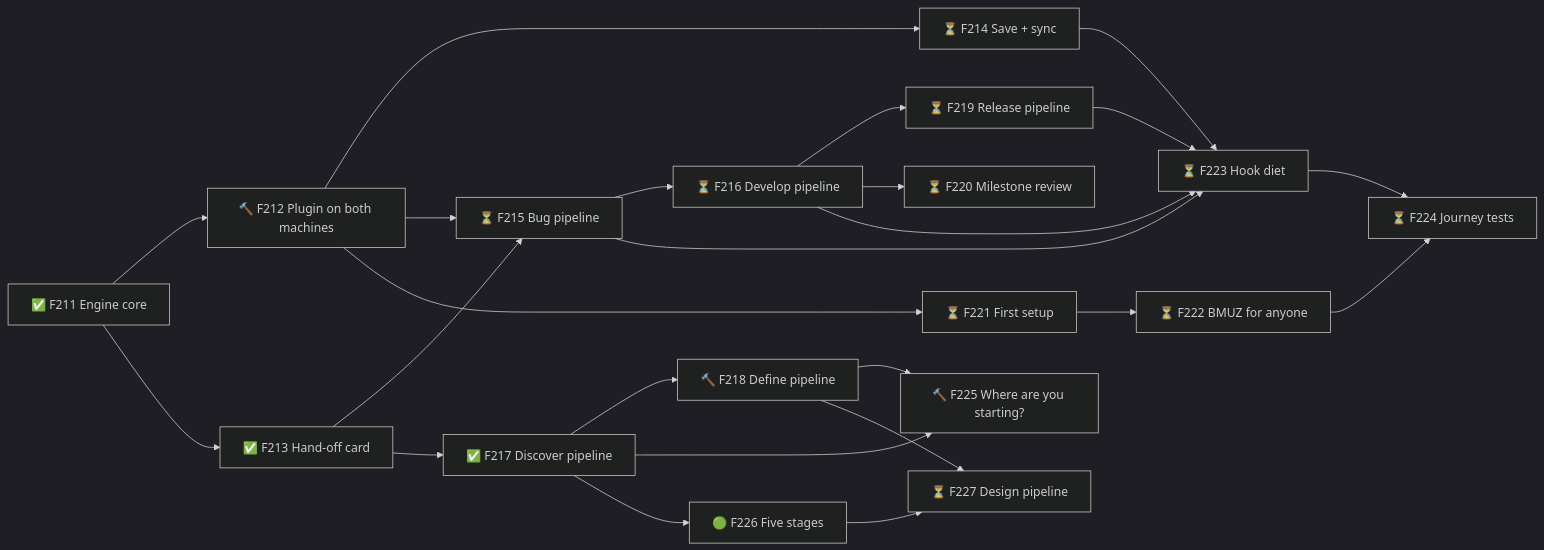
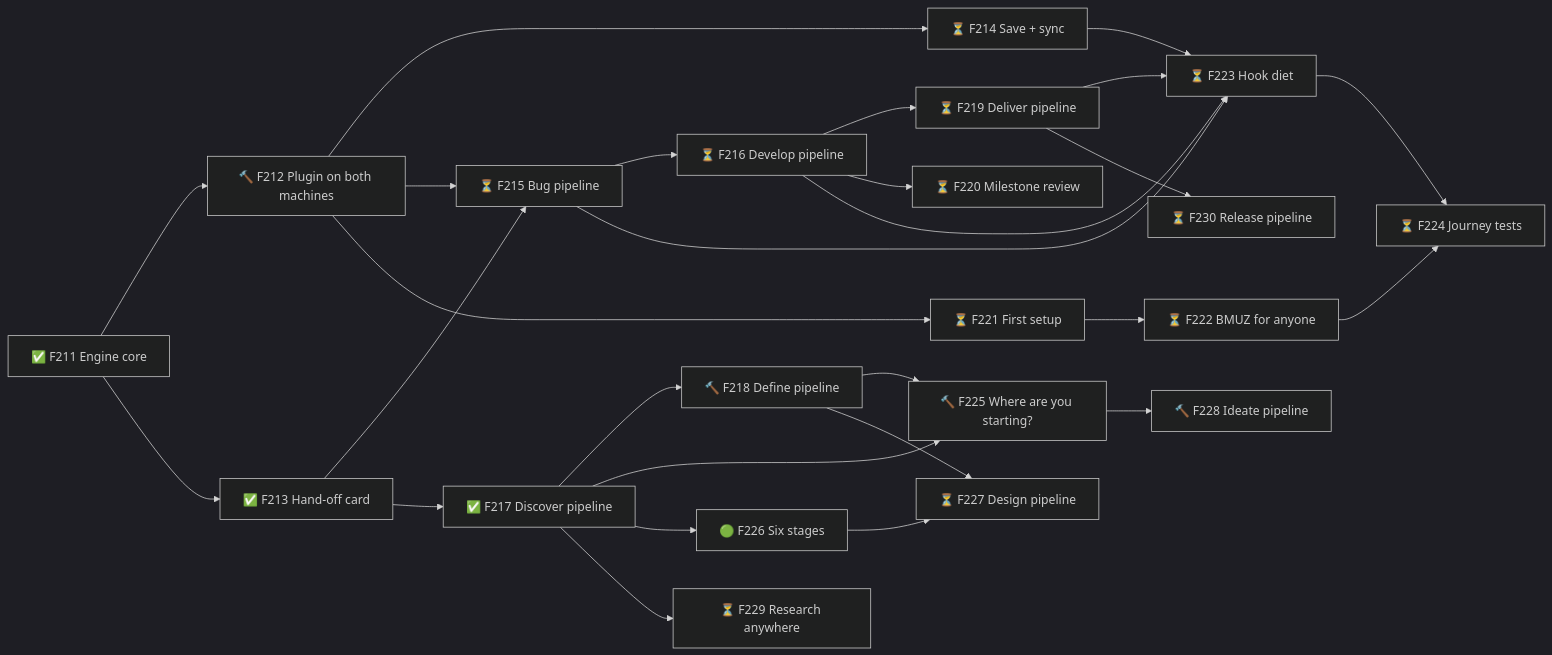
One commit to TheBlueMuzzy/framework changed diagram 41 of 41 in .planning/ROADMAP.md. Above: the diagram before and after it, drawn with Mermaid (dark theme). The commit also changed other lines of this file and 2 other files, not shown here.

Commit message:
Re-plan for six stages: F228 — Ideate pipeline, F229 — Research anywhere, F230 — Release pipeline; F219 Deliver again; F226 six stages; F218 task 8

````diff
--- a/.planning/ROADMAP.md
+++ b/.planning/ROADMAP.md
@@ -663,26 +666,29 @@
 ```mermaid
 flowchart LR
   F211[✅ F211 Engine core] --> F212[🔨 F212 Plugin on both machines]
   F211 --> F213[✅ F213 Hand-off card]
   F212 --> F214[⏳ F214 Save + sync]
   F212 --> F215[⏳ F215 Bug pipeline]
   F213 --> F215
   F215 --> F216[⏳ F216 Develop pipeline]
   F213 --> F217[✅ F217 Discover pipeline]
   F217 --> F218[🔨 F218 Define pipeline]
-  F216 --> F219[⏳ F219 Release pipeline]
+  F216 --> F219[⏳ F219 Deliver pipeline]
   F216 --> F220[⏳ F220 Milestone review]
   F212 --> F221[⏳ F221 First setup]
   F221 --> F222[⏳ F222 BMUZ for anyone]
   F214 --> F223[⏳ F223 Hook diet]
   F215 --> F223
   F216 --> F223
   F219 --> F223
   F223 --> F224[⏳ F224 Journey tests]
   F222 --> F224
   F217 --> F225[🔨 F225 Where are you starting?]
   F218 --> F225
-  F217 --> F226[🟢 F226 Five stages]
+  F217 --> F226[🟢 F226 Six stages]
+  F225 --> F228[🔨 F228 Ideate pipeline]
+  F217 --> F229[⏳ F229 Research anywhere]
+  F219 --> F230[⏳ F230 Release pipeline]
   F218 --> F227[⏳ F227 Design pipeline]
   F226 --> F227
 ```
````
